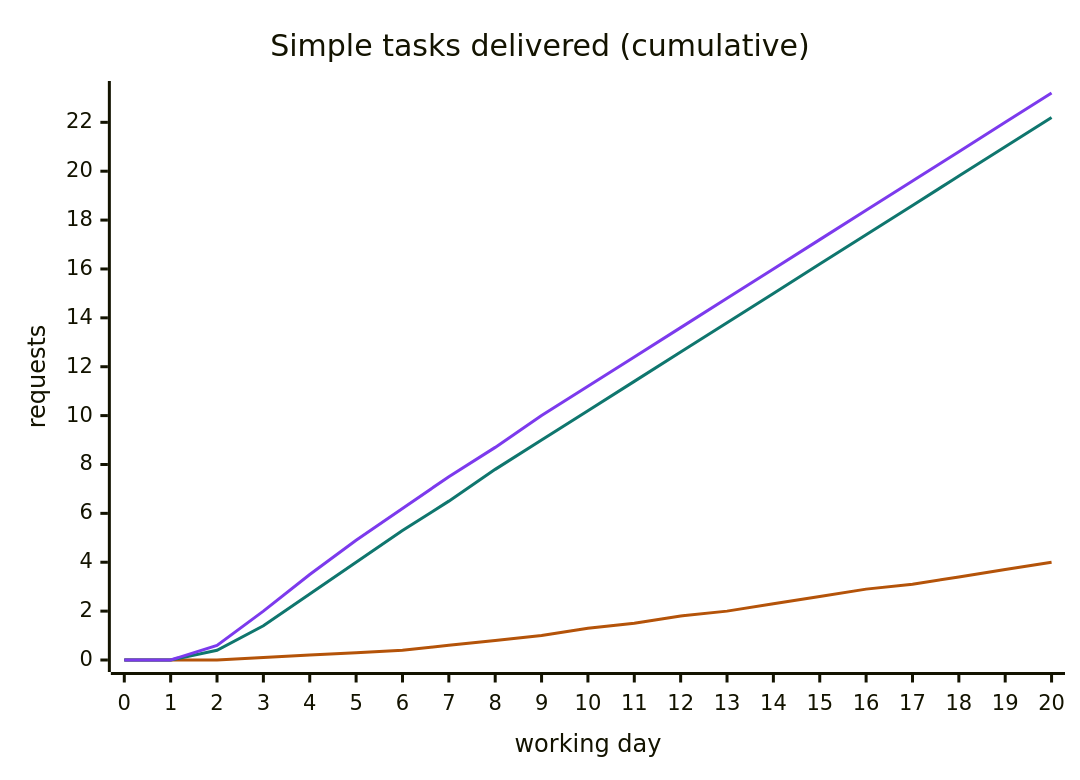
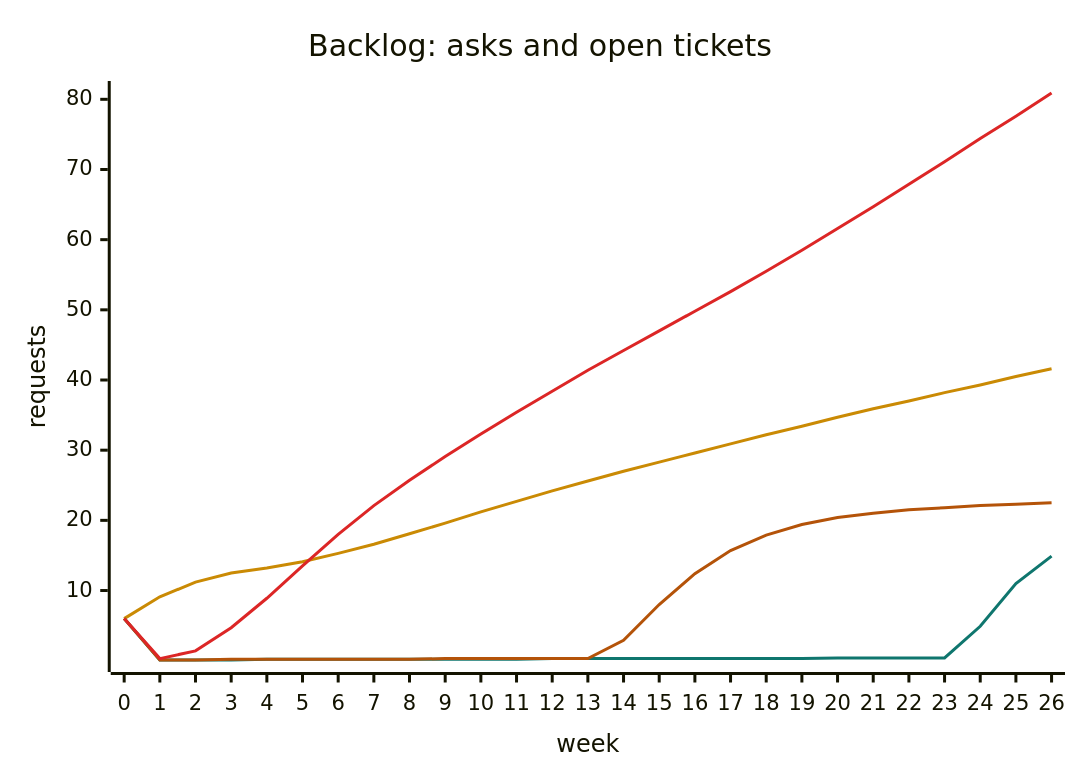
Before and after one commit to danroblewis/orchestra: the fifth of 38 diagrams in docs/user-story-diagrams.md, drawn with Mermaid. The commit also changed other lines of this file and 30 other files, not shown here.

````diff
--- a/docs/user-story-diagrams.md
+++ b/docs/user-story-diagrams.md
@@ -47,15 +147,16 @@
 ```mermaid
 ---
 config:
   themeVariables:
     xyChart:
-      plotColorPalette: "#b45309, #0f766e, #7c3aed"
+      plotColorPalette: "#ca8a04, #0f766e, #b45309, #dc2626"
 ---
 xychart-beta
-  title "Simple tasks delivered (cumulative)"
-  x-axis "working day" [0, 1, 2, 3, 4, 5, 6, 7, 8, 9, 10, 11, 12, 13, 14, 15, 16, 17, 18, 19, 20]
+  title "Backlog: asks and open tickets"
+  x-axis "week" [0, 1, 2, 3, 4, 5, 6, 7, 8, 9, 10, 11, 12, 13, 14, 15, 16, 17, 18, 19, 20, 21, 22, 23, 24, 25, 26]
   y-axis "requests"
-  line [0.0, 0.0, 0.0, 0.1, 0.2, 0.3, 0.4, 0.6, 0.8, 1.0, 1.3, 1.5, 1.8, 2.0, 2.3, 2.6, 2.9, 3.1, 3.4, 3.7, 4.0]
-  line [0.0, 0.0, 0.4, 1.4, 2.7, 4.0, 5.3, 6.5, 7.8, 9.0, 10.2, 11.4, 12.6, 13.8, 15.0, 16.2, 17.4, 18.6, 19.8, 21.0, 22.2]
-  line [0.0, 0.0, 0.6, 2.0, 3.5, 4.9, 6.2, 7.5, 8.7, 10.0, 11.2, 12.4, 13.6, 14.8, 16.0, 17.2, 18.4, 19.6, 20.8, 22.0, 23.2]
+  line [6.0, 9.1, 11.2, 12.5, 13.2, 14.1, 15.3, 16.6, 18.1, 19.6, 21.2, 22.7, 24.2, 25.6, 27.0, 28.3, 29.6, 30.9, 32.2, 33.4, 34.7, 35.9, 37.0, 38.2, 39.3, 40.5, 41.6]
+  line [6.0, 0.1, 0.1, 0.1, 0.2, 0.2, 0.2, 0.2, 0.2, 0.2, 0.2, 0.2, 0.3, 0.3, 0.3, 0.3, 0.3, 0.3, 0.3, 0.3, 0.4, 0.4, 0.4, 0.4, 4.9, 11.0, 14.9]
+  line [6.0, 0.1, 0.1, 0.2, 0.2, 0.2, 0.2, 0.2, 0.2, 0.3, 0.3, 0.3, 0.3, 0.3, 2.9, 8.0, 12.4, 15.7, 17.9, 19.4, 20.4, 21.0, 21.5, 21.8, 22.1, 22.3, 22.5]
+  line [6.0, 0.3, 1.4, 4.7, 8.9, 13.5, 18.0, 22.1, 25.7, 29.1, 32.3, 35.4, 38.4, 41.4, 44.2, 47.0, 49.8, 52.6, 55.5, 58.5, 61.6, 64.7, 67.9, 71.1, 74.4, 77.6, 80.9]
 ```
````
